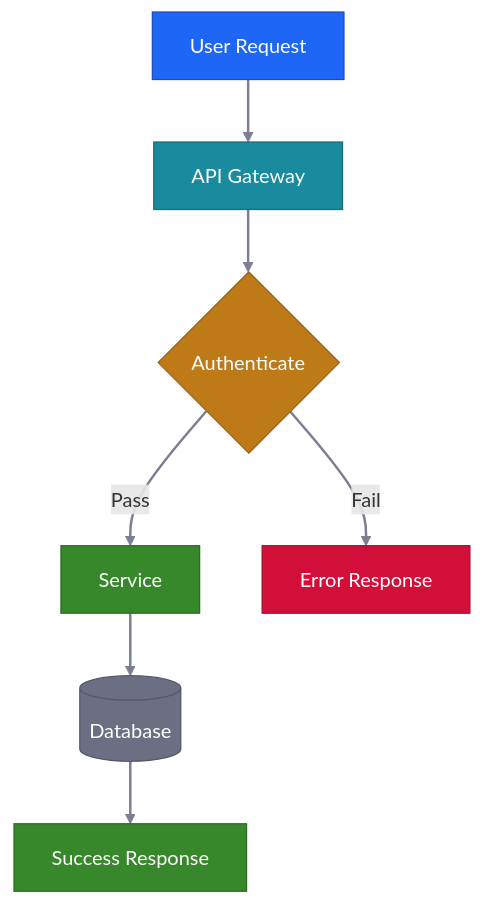
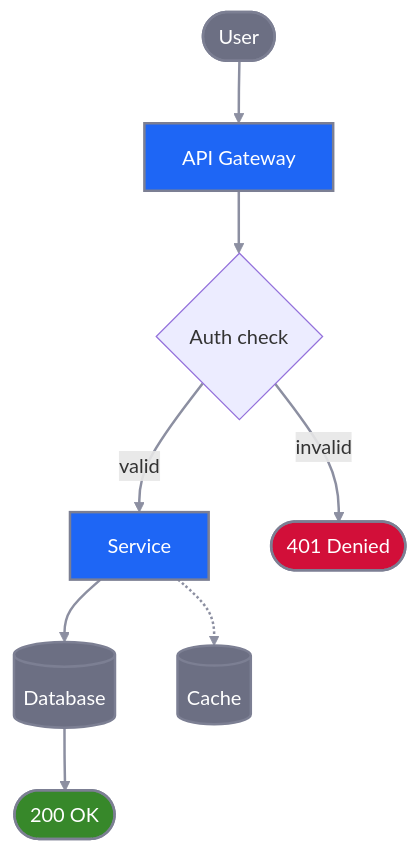
Before and after one commit to mdsakalu/agent-plugins: the second of 24 diagrams in creating-mermaid-diagrams/skills/creating-mermaid-diagrams/references/themes.md, drawn with Mermaid. The commit also changed other lines of this file and 4 other files, not shown here.

First line of the commit message:
refactor(creating-mermaid-diagrams): design-driven styling overhaul

````diff
--- a/creating-mermaid-diagrams/skills/creating-mermaid-diagrams/references/themes.md
+++ b/creating-mermaid-diagrams/skills/creating-mermaid-diagrams/references/themes.md
@@ -116,26 +105,18 @@
 ```mermaid
 flowchart TD
-    user["User Request"] --> api["API Gateway"]
-    api --> auth{"Authenticate"}
-    auth -->|Pass| service["Service"]
-    auth -->|Fail| error["Error Response"]
-    service --> db[("Database")]
-    db --> response["Success Response"]
+    user(["User"]) ==> api["API Gateway"] ==> auth{"Auth check"}
+    auth == valid ==> svc["Service"] ==> db[("Database")] ==> res(["200 OK"])
+    auth -- invalid --> err(["401 Denied"])
+    svc -.-> cache[("Cache")]
 
-    classDef primary fill:#1e66f5,stroke:#184fb8,color:#ffffff
-    classDef secondary fill:#6c6f83,stroke:#565869,color:#ffffff
-    classDef success fill:#37882a,stroke:#2c6d22,color:#ffffff
-    classDef warning fill:#bf7a18,stroke:#996214,color:#ffffff
-    classDef danger fill:#d20f39,stroke:#a80c2e,color:#ffffff
-    classDef info fill:#1a8a9e,stroke:#156e7e,color:#ffffff
+    classDef primary fill:#1e66f5,stroke:#7c7f93,stroke-width:2px,color:#ffffff
+    classDef muted fill:#6c6f83,stroke:#7c7f93,stroke-width:2px,color:#ffffff
+    classDef success fill:#37882a,stroke:#7c7f93,stroke-width:2px,color:#ffffff
+    classDef danger fill:#d20f39,stroke:#7c7f93,stroke-width:2px,color:#ffffff
+    linkStyle default stroke:#8c8fa1,stroke-width:2px
 
-    linkStyle default stroke:#7c7f93,stroke-width:2px
-
-    class user primary
-    class api info
-    class auth warning
-    class service success
-    class error danger
-    class db secondary
-    class response success
+    class api,svc primary
+    class user,db,cache muted
+    class res success
+    class err danger
 ```
````
